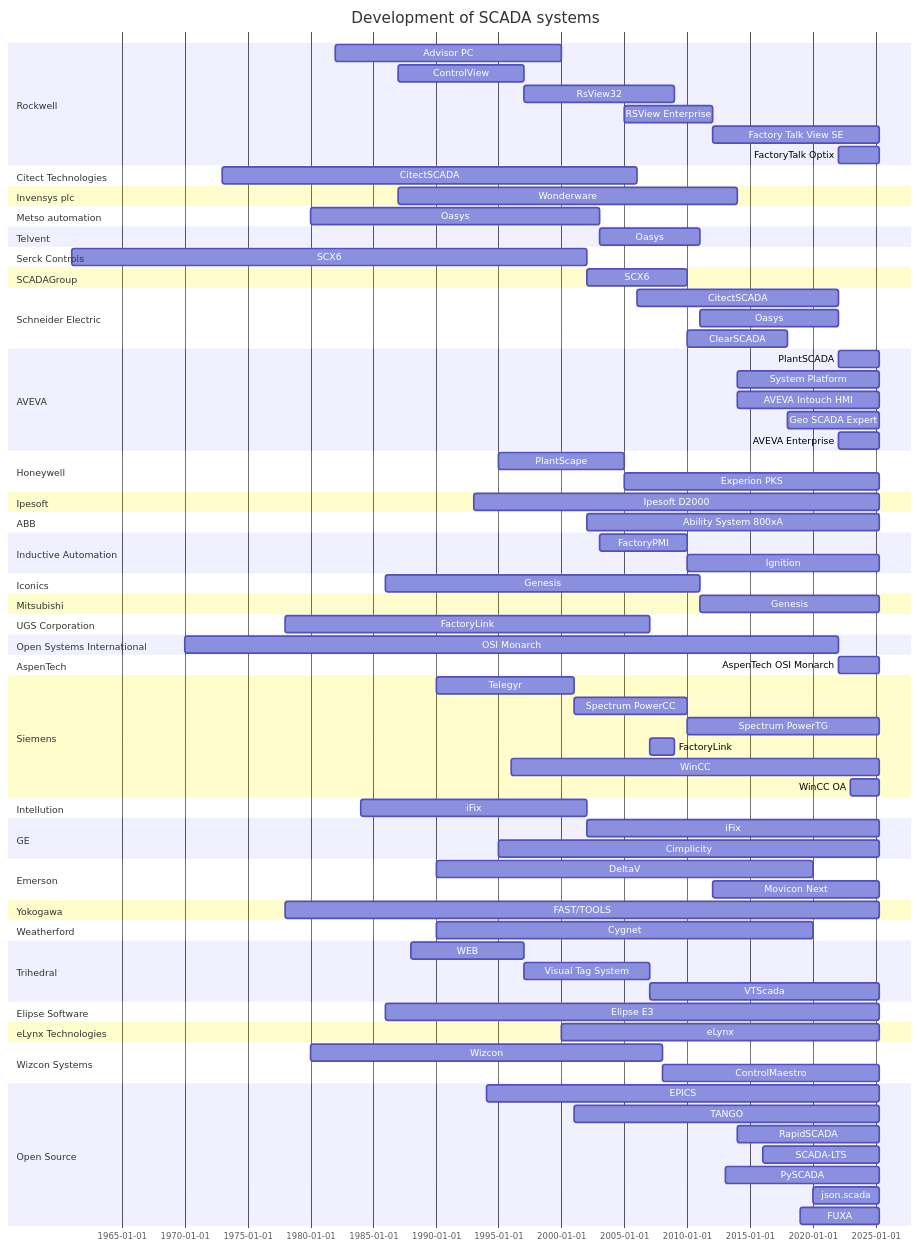
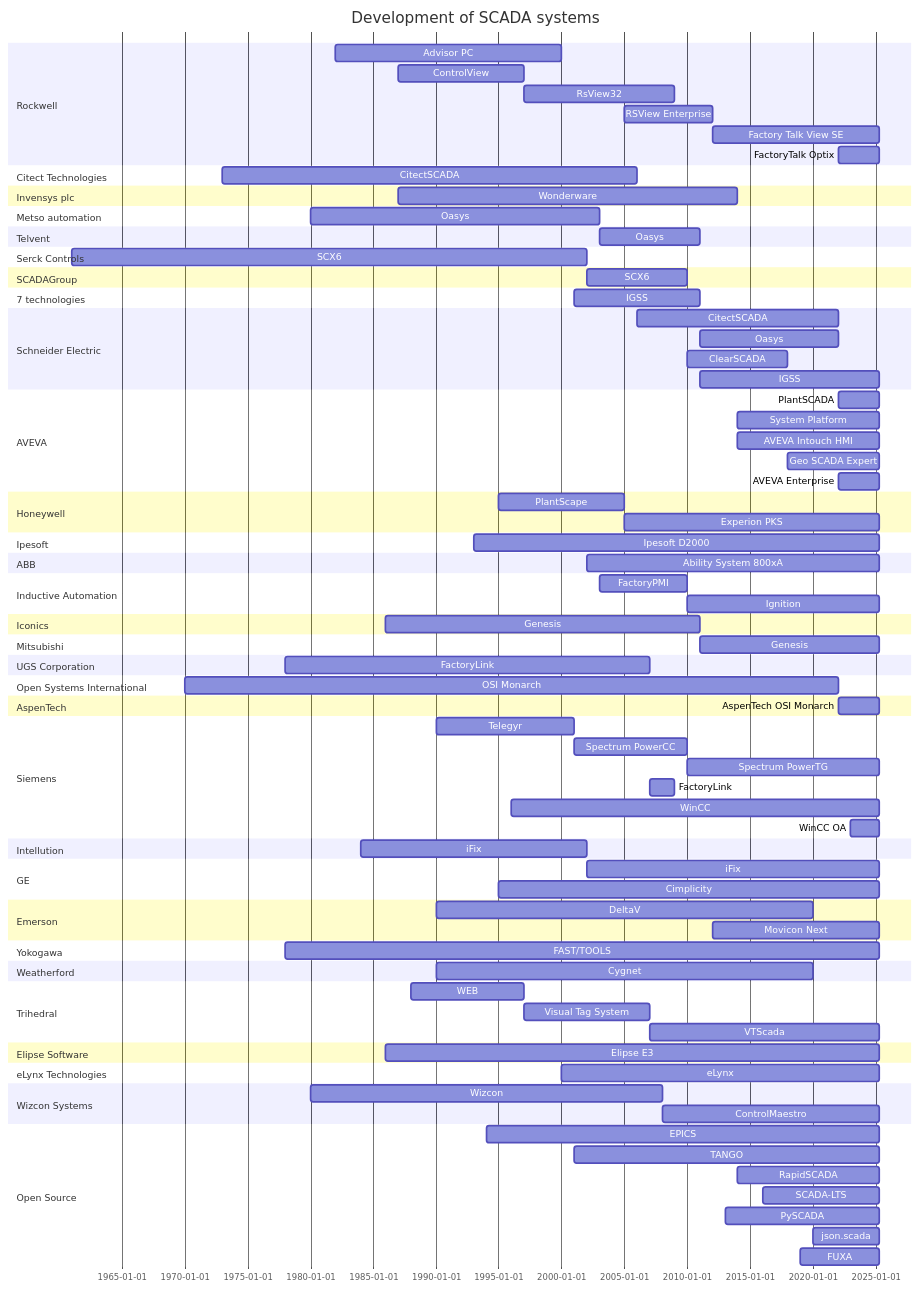
The diagram in README.md (hutcheb/scada-timeline), drawn with Mermaid before and after one commit.

Commit message:
feat: Add IGSS

```diff
--- a/README.md
+++ b/README.md
@@ -33,10 +33,15 @@
     section SCADAGroup
         %(https://www.se.com/uk/en/about-us/company-profile/brands/serck-controls.jsp)
         SCX6 : scx6, after scx6_serck, 2010
+    section 7 technologies
+        %%(No Start and End Dates)
+        IGSS : igss, 2001, 2011
     section Schneider Electric
         CitectSCADA : se_citect, after c1, 2022
         Oasys :oasys_se, after oasys_telvent, 2022
         ClearSCADA :clearscada, after scx6, 2018
+        %%(No Start and End Dates)
+        IGSS : after igss, until 2025
     section AVEVA
         PlantSCADA : after se_citect, until 2025
         System Platform :after s2, until 2025
```
